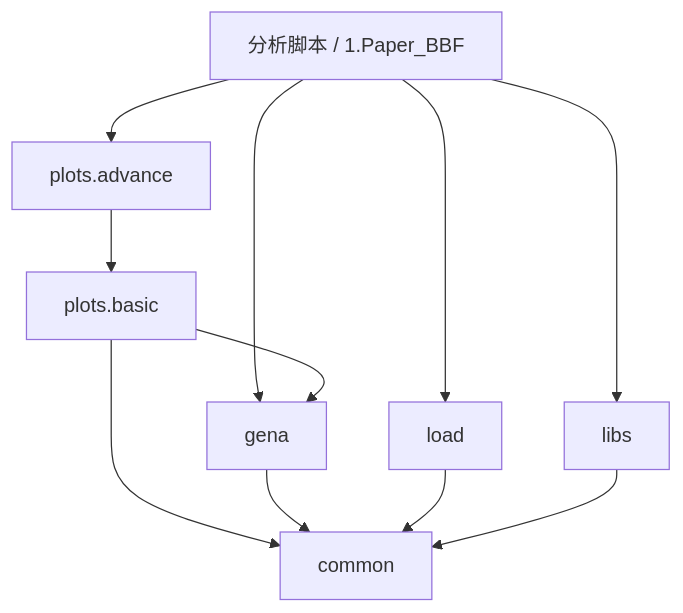
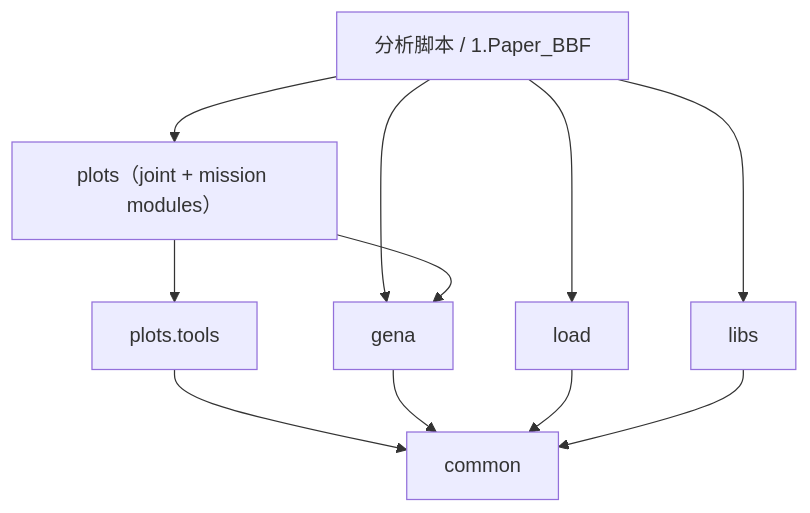
One commit to shawnafk/GENA changed the first of 2 diagrams in readme.zh.md. Above: the diagram before and after it, drawn with Mermaid. The commit also changed other lines of this file and 29 other files, not shown here.

````diff
--- a/readme.zh.md
+++ b/readme.zh.md
@@ -67,13 +67,13 @@
 ```mermaid
 flowchart TD
     A["分析脚本 / 1.Paper_BBF"] --> G["gena"]
     A --> D["load"]
     A --> L["libs"]
-    A --> P["plots.advance"]
-    P --> B["plots.basic"]
+    A --> P["plots（joint + mission modules）"]
+    P --> B["plots.tools"]
     B --> C["common"]
-    B --> G
+    P --> G
     G --> C["common"]
     D --> C
     L --> C
 ```
````
